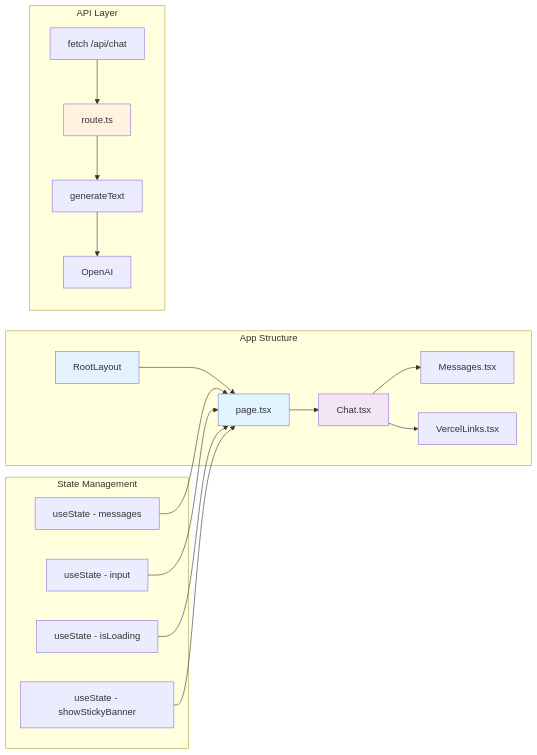
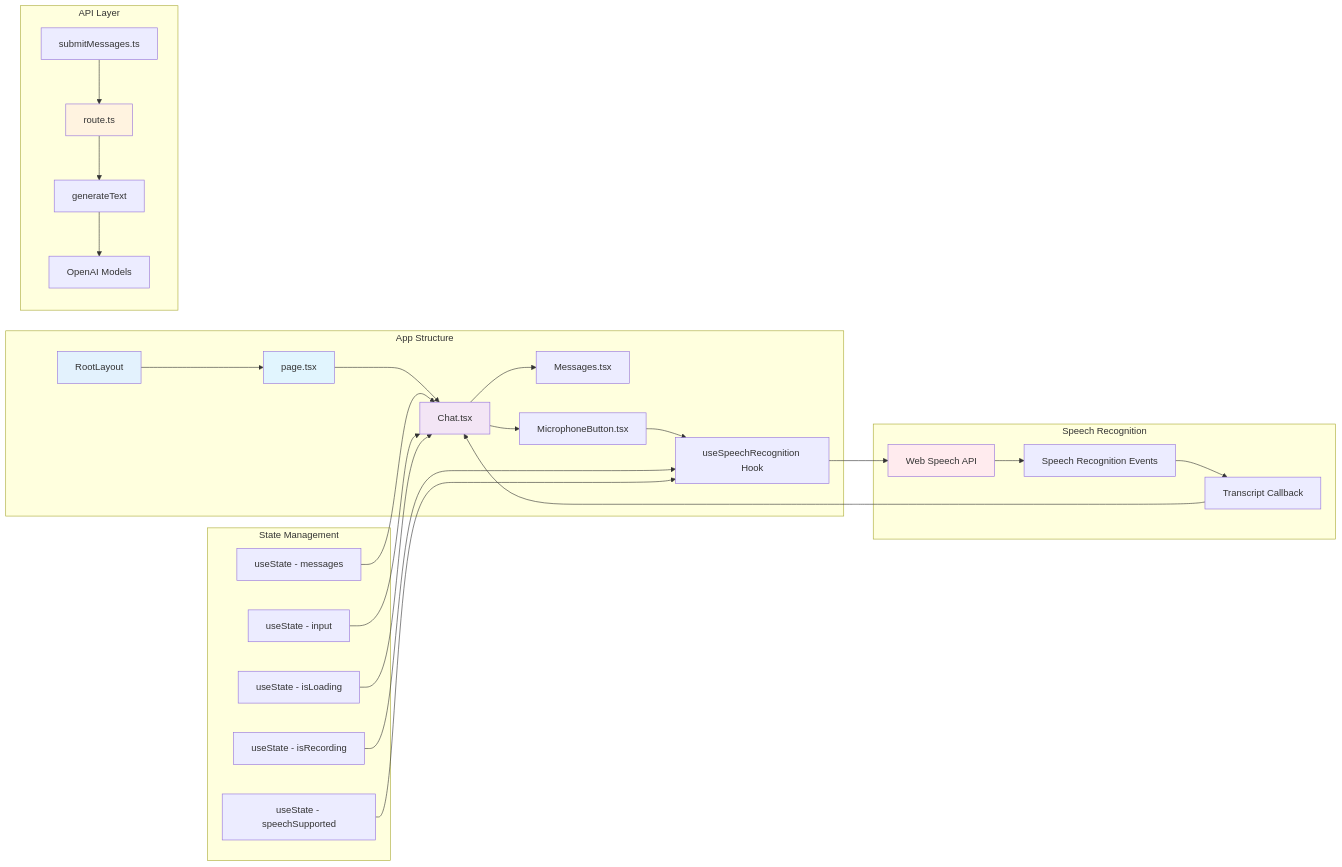
The second of 6 diagrams in docs/architecture/current-architecture.md (andrewdeanyoder/siebert-ai), drawn with Mermaid before and after one commit. The commit also changed other lines of this file and 13 other files, not shown here.

````diff
--- a/docs/architecture/current-architecture.md
+++ b/docs/architecture/current-architecture.md
@@ -43,27 +51,37 @@
 ```mermaid
 graph LR
     subgraph "App Structure"
         A[RootLayout] --> B[page.tsx]
         B --> C[Chat.tsx]
         C --> D[Messages.tsx]
-        C --> E[VercelLinks.tsx]
+        C --> E[MicrophoneButton.tsx]
+        E --> F[useSpeechRecognition Hook]
     end
 
     subgraph "State Management"
-        F[useState - messages] --> B
-        G[useState - input] --> B
-        H[useState - isLoading] --> B
-        I[useState - showStickyBanner] --> B
+        G[useState - messages] --> C
+        H[useState - input] --> C
+        I[useState - isLoading] --> C
+        J[useState - isRecording] --> F
+        K[useState - speechSupported] --> F
     end
 
     subgraph "API Layer"
-        J[fetch /api/chat] --> K[route.ts]
-        K --> L[generateText]
-        L --> M[OpenAI]
+        L[submitMessages.ts] --> M[route.ts]
+        M --> N[generateText]
+        N --> O[OpenAI Models]
+    end
+
+    subgraph "Speech Recognition"
+        F --> P[Web Speech API]
+        P --> Q[Speech Recognition Events]
+        Q --> R[Transcript Callback]
+        R --> C
     end
 
     style A fill:#e3f2fd
     style B fill:#e1f5fe
     style C fill:#f3e5f5
-    style K fill:#fff3e0
+    style M fill:#fff3e0
+    style P fill:#ffebee
 ```
````
